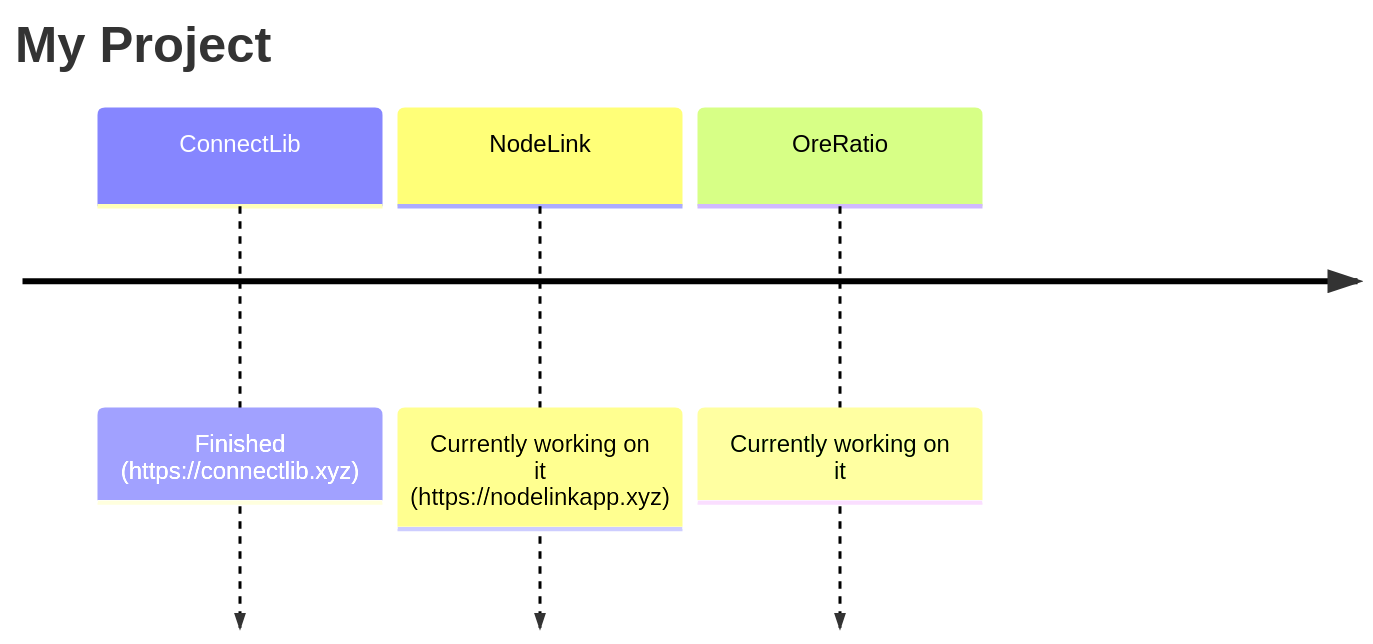
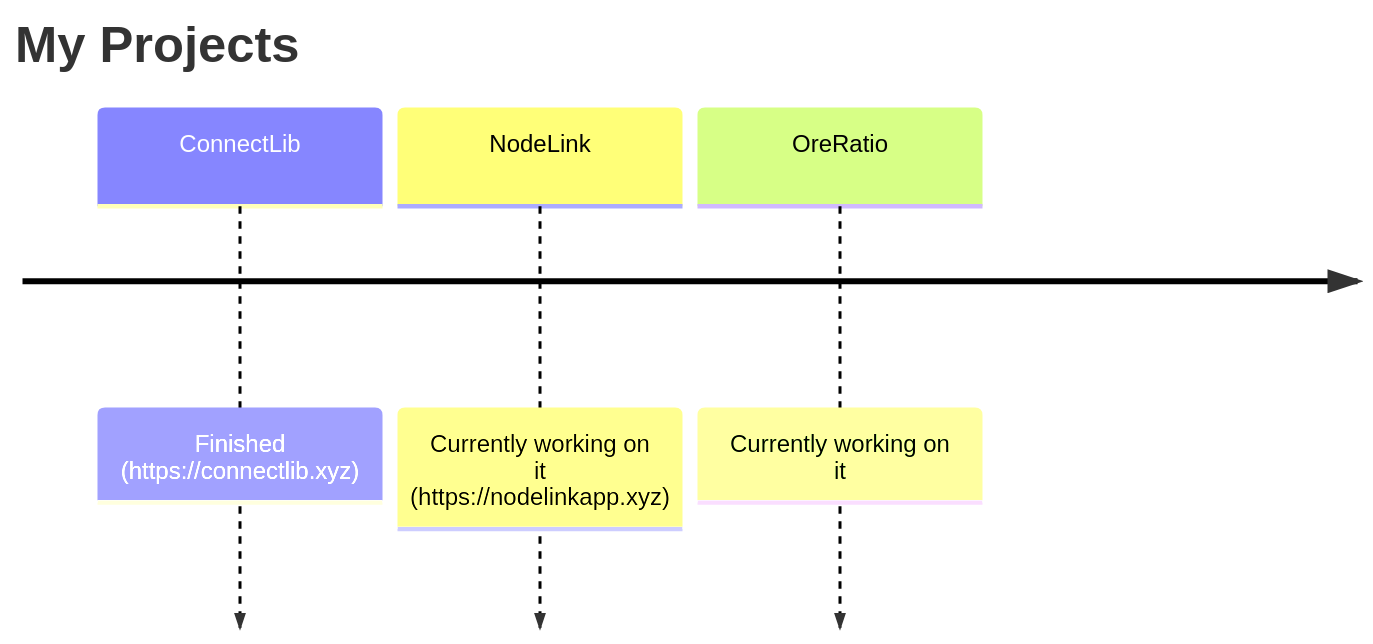
Before and after one commit to Sandro642/Sandro642: the second of 2 diagrams in README.md, drawn with Mermaid.

Commit message:
Correct project title in README

````diff
--- a/README.md
+++ b/README.md
@@ -16,7 +16,7 @@
 ```mermaid
 timeline
-title My Project
+title My Projects
 ConnectLib : Finished (https://connectlib.xyz)
 NodeLink : Currently working on it (https://nodelinkapp.xyz)
 OreRatio : Currently working on it
 ```
````
